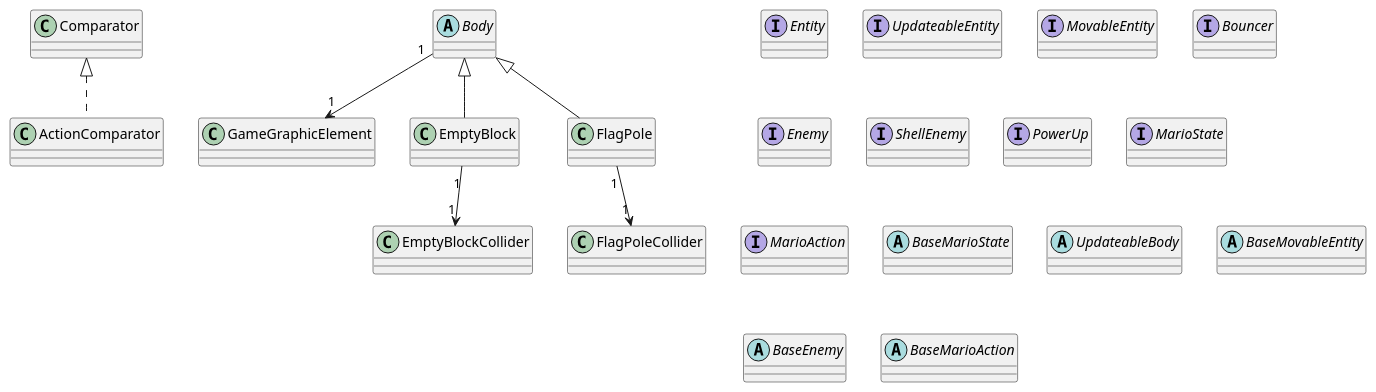
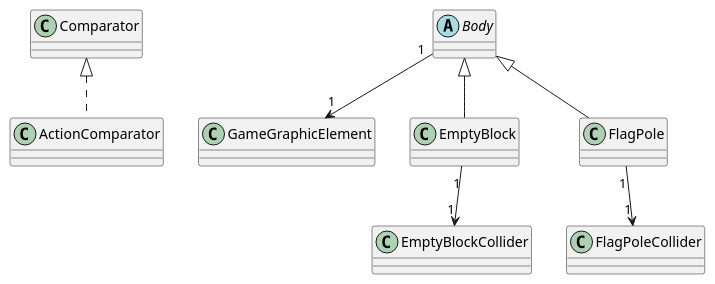
Before and after one commit to giuli635/SuperMarioBros: the diagram in Diagramas/diagramas/Reducido parcial/Entities/Entities.puml, drawn with PlantUML. The commit also changed 5 other files, not shown here.

```diff
--- a/Diagramas/diagramas/Reducido parcial/Entities/Entities.puml
+++ b/Diagramas/diagramas/Reducido parcial/Entities/Entities.puml
@@ -1,30 +1,14 @@
 @startuml Entities
 
-interface Entity 
-interface UpdateableEntity
-interface MovableEntity
-interface Bouncer
-
-interface Enemy 
-interface ShellEnemy
-interface PowerUp
-interface MarioState
-interface MarioAction
-
-abstract class BaseMarioState
 abstract class Body
-abstract class UpdateableBody
-abstract class BaseMovableEntity
-abstract class BaseEnemy
-abstract class BaseMarioAction
 
 Body "1" --> "1" GameGraphicElement
 
 EmptyBlock -u-|> Body
 EmptyBlock "1" --> "1" EmptyBlockCollider
 
 FlagPole -u-|> Body
 FlagPole "1" --> "1" FlagPoleCollider
 
 ActionComparator .u.|> Comparator
 @enduml
```
